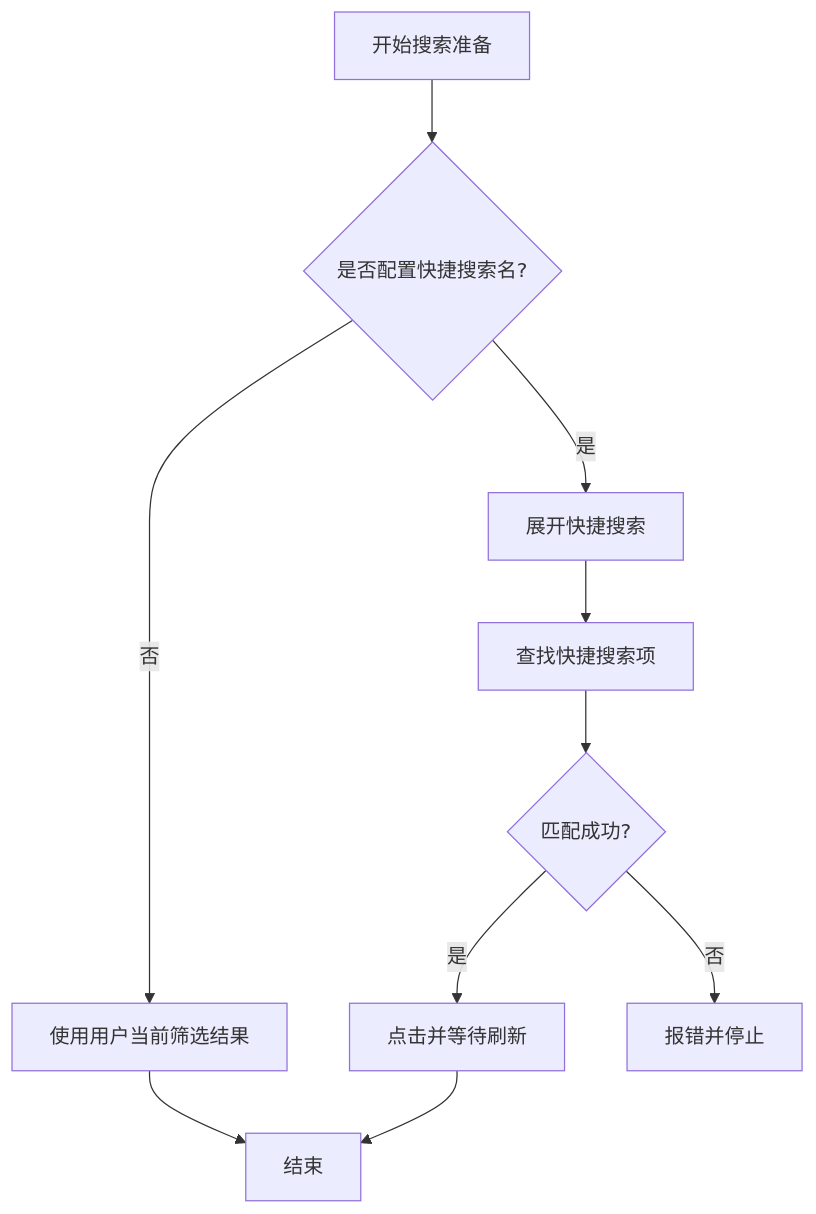
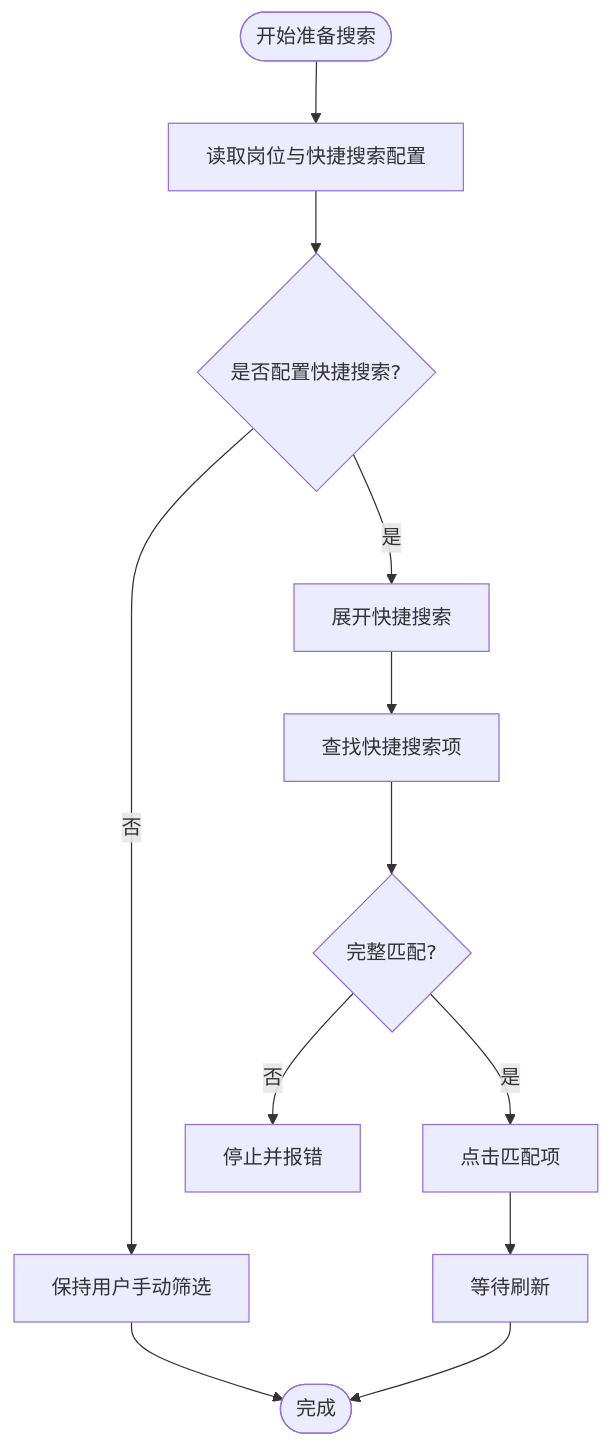
Before and after one commit to alvinwangzi/goodhr: the fourth of 10 diagrams in .qoder/repowiki/zh/content/系统架构/本地Agent架构/平台适配器系统/猎聘适配器.md, drawn with Mermaid. The commit also changed other lines of this file and 149 other files, not shown here.

````diff
--- a/.qoder/repowiki/zh/content/系统架构/本地Agent架构/平台适配器系统/猎聘适配器.md
+++ b/.qoder/repowiki/zh/content/系统架构/本地Agent架构/平台适配器系统/猎聘适配器.md
@@ -169,12 +165,14 @@
 ```mermaid
 flowchart TD
-S0["开始搜索准备"] --> Mode{"是否配置快捷搜索名?"}
-Mode --> |否| UseManual["使用用户当前筛选结果"]
-Mode --> |是| ExpandSC["展开快捷搜索"]
-ExpandSC --> FindSC["查找快捷搜索项"]
-FindSC --> MatchSC{"匹配成功?"}
-MatchSC --> |是| ClickSC["点击并等待刷新"]
-MatchSC --> |否| ErrorSC["报错并停止"]
-UseManual --> End["结束"]
-ClickSC --> End
+S(["开始准备搜索"]) --> ReadCfg["读取岗位与快捷搜索配置"]
+ReadCfg --> Mode{"是否配置快捷搜索?"}
+Mode --> |是| ExpandShortcuts["展开快捷搜索"]
+ExpandShortcuts --> FindItems["查找快捷搜索项"]
+FindItems --> MatchExact{"完整匹配?"}
+MatchExact --> |是| ClickShortcut["点击匹配项"]
+MatchExact --> |否| Stop["停止并报错"]
+Mode --> |否| KeepManual["保持用户手动筛选"]
+ClickShortcut --> WaitRefresh["等待刷新"]
+KeepManual --> Done(["完成"])
+WaitRefresh --> Done
 ```
````
